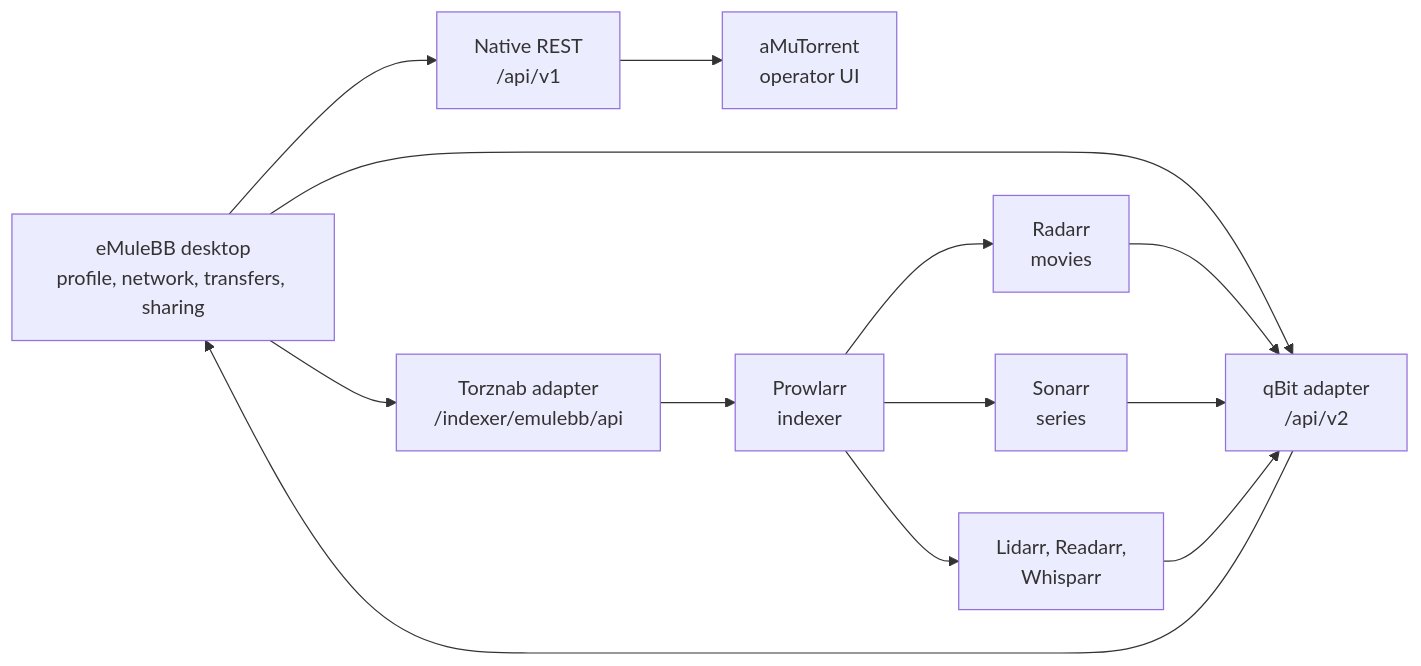
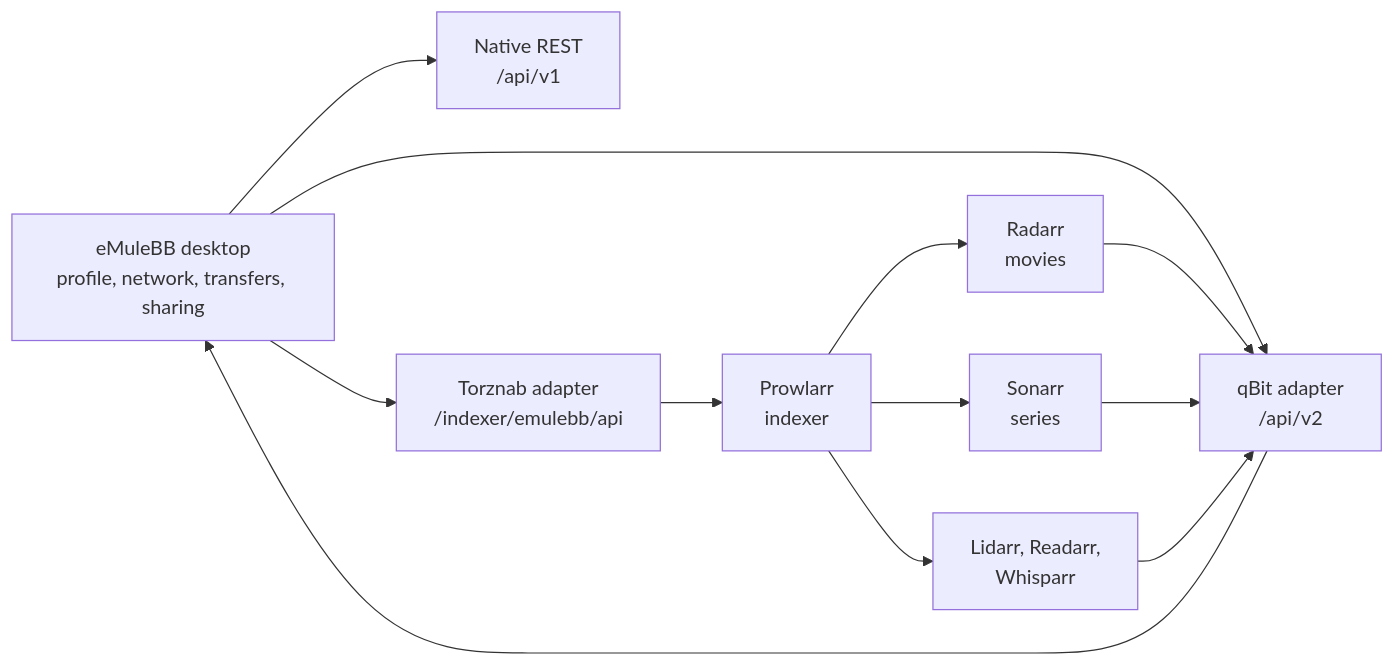
One commit to emulebb/emulebb-tooling changed the diagram in docs/reference/GUIDE-STACK-INTEGRATIONS.md. Above: the diagram before and after it, drawn with Mermaid. The commit also changed other lines of this file and 19 other files, not shown here.

````diff
--- a/docs/reference/GUIDE-STACK-INTEGRATIONS.md
+++ b/docs/reference/GUIDE-STACK-INTEGRATIONS.md
@@ -41,25 +38,23 @@
 ```mermaid
 flowchart LR
     Desktop["eMuleBB desktop<br/>profile, network, transfers, sharing"]
     Rest["Native REST<br/>/api/v1"]
     Qbit["qBit adapter<br/>/api/v2"]
     Torznab["Torznab adapter<br/>/indexer/emulebb/api"]
-    Amu["aMuTorrent<br/>operator UI"]
     Prowlarr["Prowlarr<br/>indexer"]
     Radarr["Radarr<br/>movies"]
     Sonarr["Sonarr<br/>series"]
     OtherArr["Lidarr, Readarr,<br/>Whisparr"]
 
     Desktop --> Rest
     Desktop --> Qbit
     Desktop --> Torznab
-    Rest --> Amu
     Torznab --> Prowlarr
     Prowlarr --> Radarr
     Prowlarr --> Sonarr
     Prowlarr --> OtherArr
     Radarr --> Qbit
     Sonarr --> Qbit
     OtherArr --> Qbit
     Qbit --> Desktop
 ```
````
